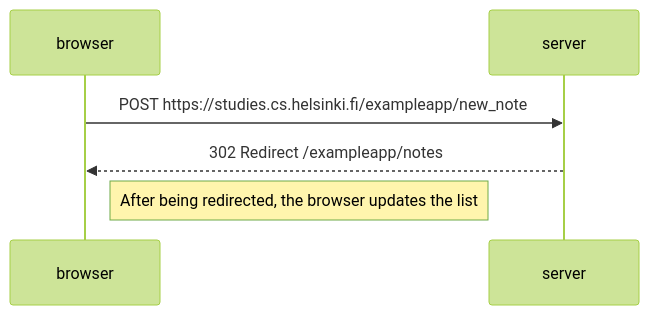
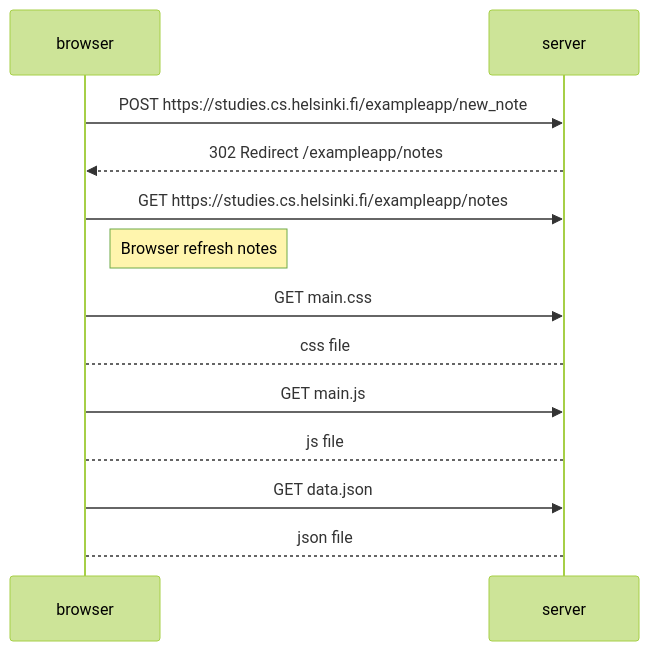
The diagram in part0/0.4-exercise.md (Silas310/fullstackopen-exercises), drawn with Mermaid (forest theme) before and after one commit.

Commit message:
Added additional GET requests for resources after redirect.

````diff
--- a/part0/0.4-exercise.md
+++ b/part0/0.4-exercise.md
@@ -1,6 +1,13 @@
 ```mermaid
 sequenceDiagram
     browser->>server:POST https://studies.cs.helsinki.fi/exampleapp/new_note
     server-->>browser: 302 Redirect /exampleapp/notes
-    Note right of browser: After being redirected, the browser updates the list
+    browser->>server:GET https://studies.cs.helsinki.fi/exampleapp/notes
+    Note right of browser: Browser refresh notes
+    browser->>server:GET main.css
+    server-->browser: css file
+    browser->>server:GET main.js
+    server-->browser: js file
+    browser->>server:GET data.json
+    server-->browser: json file
 ```
````
